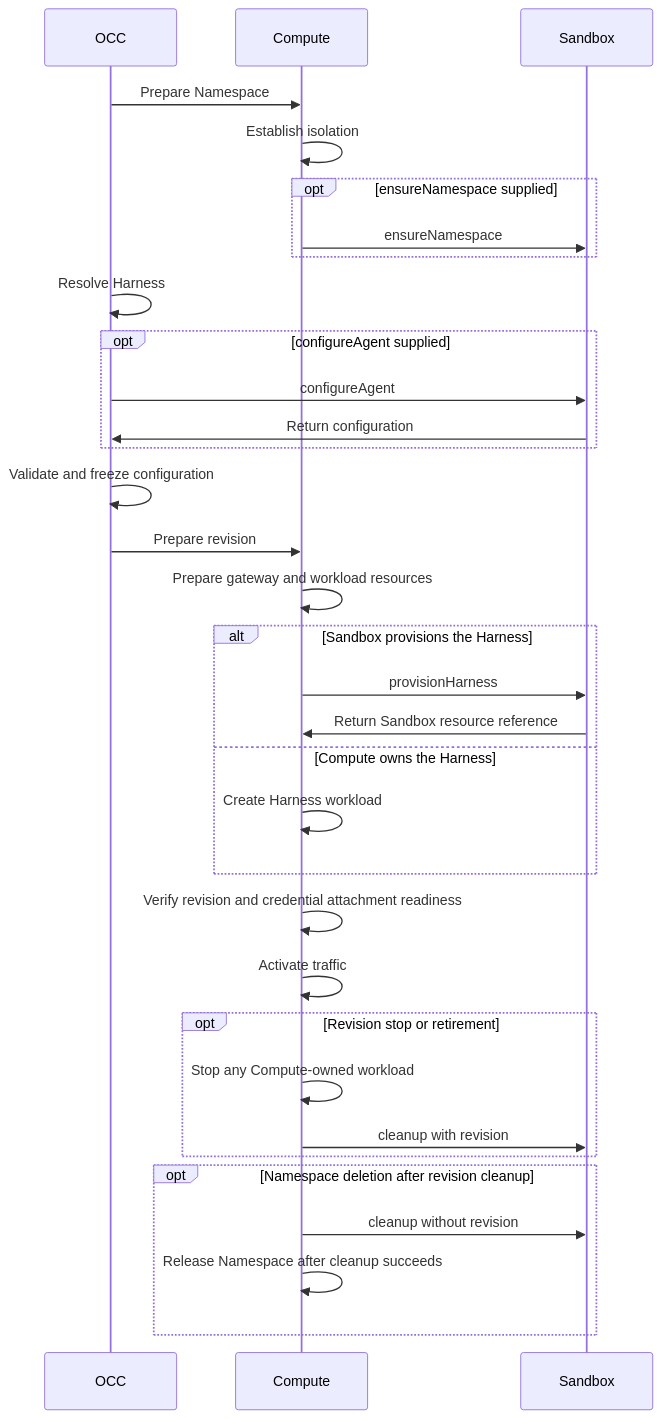
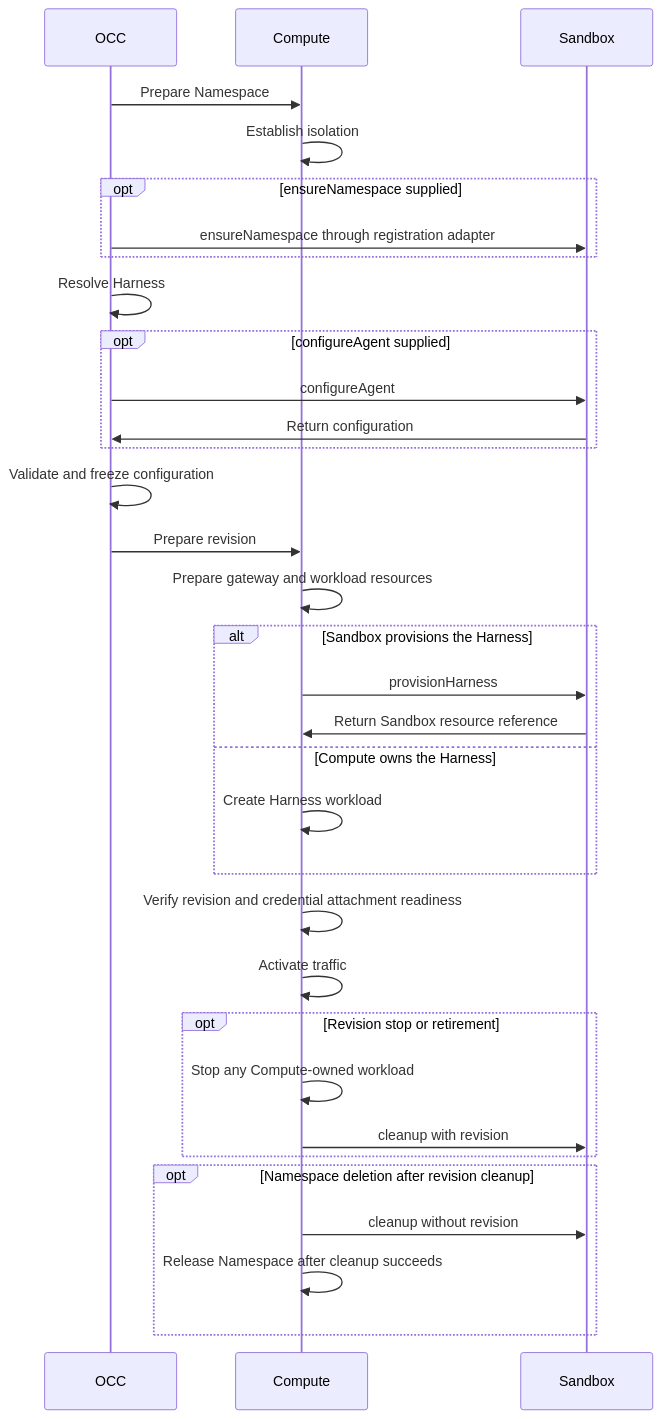
One commit to openclaw/openclaw-enterprise changed the diagram in docs/reference/drivers/sandbox.md. Above: the diagram before and after it, drawn with Mermaid. The commit also changed other lines of this file and 53 other files, not shown here.

````diff
--- a/docs/reference/drivers/sandbox.md
+++ b/docs/reference/drivers/sandbox.md
@@ -249,35 +249,35 @@
 ```mermaid
 sequenceDiagram
     participant O as OCC
     participant C as Compute
     participant S as Sandbox
     O->>C: Prepare Namespace
     C->>C: Establish isolation
     opt ensureNamespace supplied
-        C->>S: ensureNamespace
+        O->>S: ensureNamespace through registration adapter
     end
     O->>O: Resolve Harness
     opt configureAgent supplied
         O->>S: configureAgent
         S->>O: Return configuration
     end
     O->>O: Validate and freeze configuration
     O->>C: Prepare revision
     C->>C: Prepare gateway and workload resources
     alt Sandbox provisions the Harness
         C->>S: provisionHarness
         S->>C: Return Sandbox resource reference
     else Compute owns the Harness
         C->>C: Create Harness workload
     end
     C->>C: Verify revision and credential attachment readiness
     C->>C: Activate traffic
     opt Revision stop or retirement
         C->>C: Stop any Compute-owned workload
         C->>S: cleanup with revision
     end
     opt Namespace deletion after revision cleanup
         C->>S: cleanup without revision
         C->>C: Release Namespace after cleanup succeeds
     end
 ```
````
